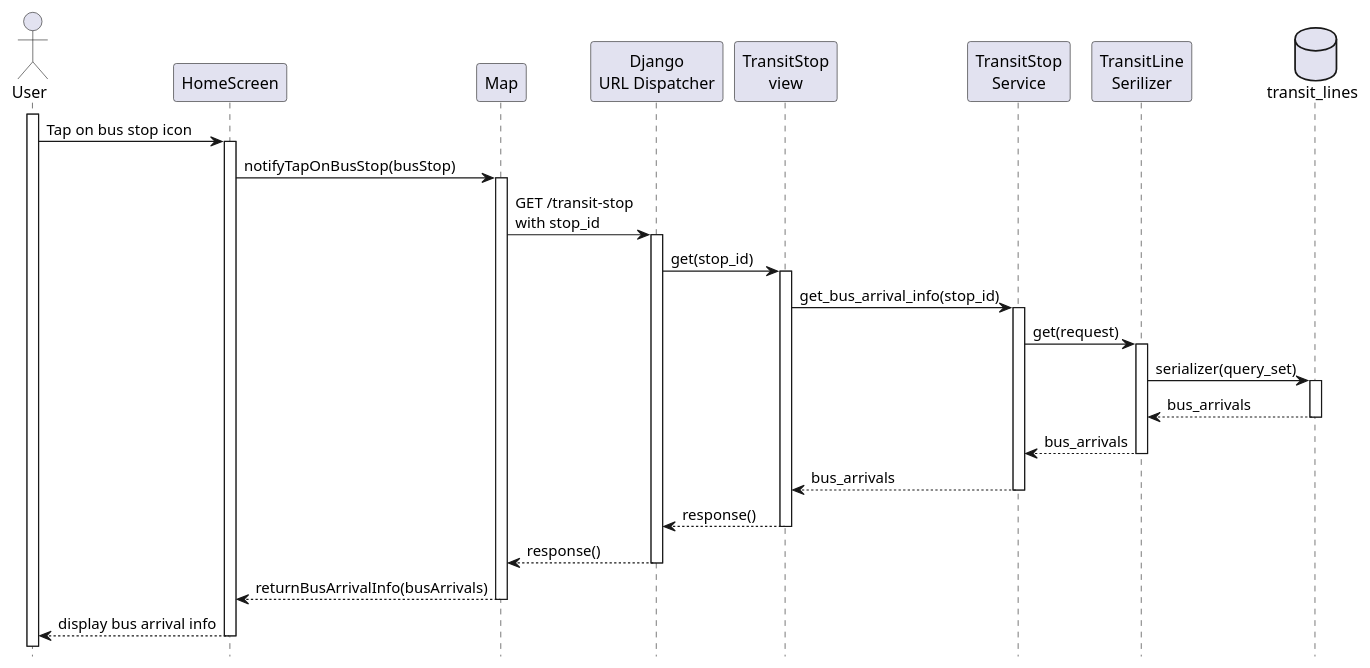
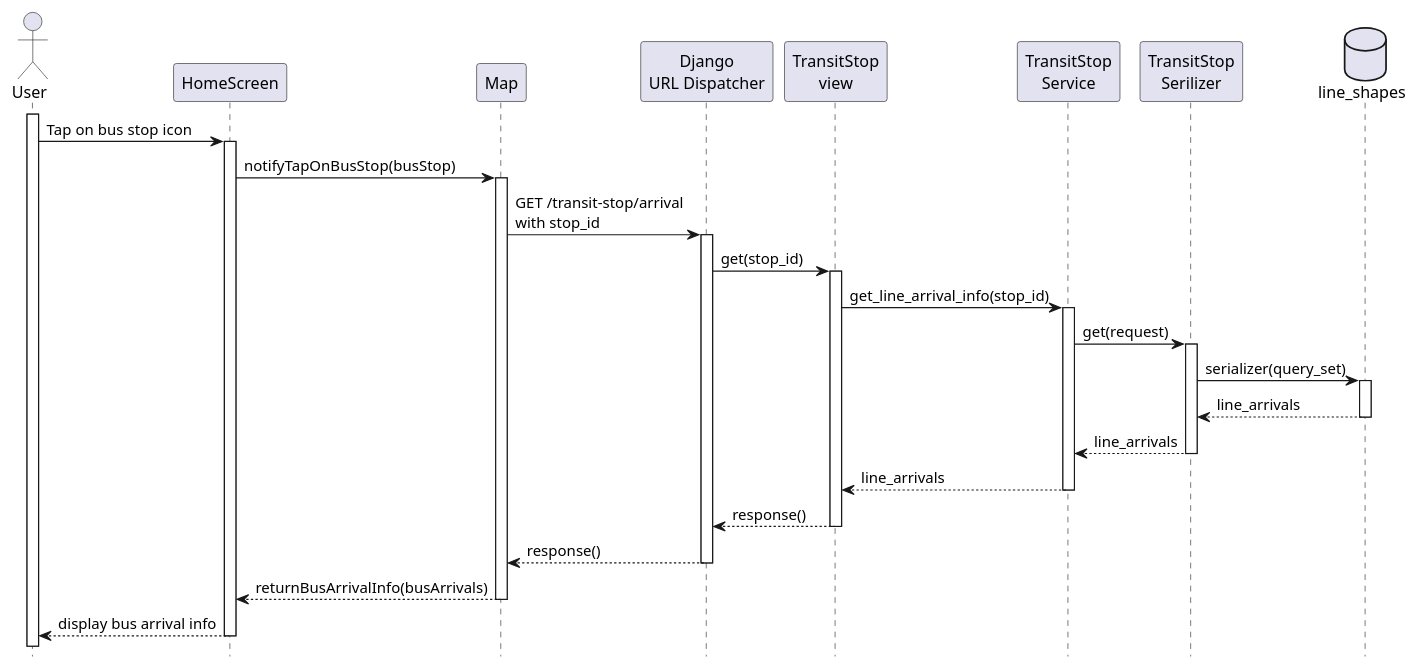
One commit to KMITL-BusBuddy/diagram changed the diagram in homescreen/get_bus_info_when_tap.puml. Above: the diagram before and after it, drawn with PlantUML. The commit also changed 11 other files, not shown here.

Commit message:
update last diagram

```diff
--- a/homescreen/get_bus_info_when_tap.puml
+++ b/homescreen/get_bus_info_when_tap.puml
@@ -1,49 +1,50 @@
-@startuml bus_arrivals
+@startuml bus_info
 
 hide footbox
 
 actor User
 participant HomeScreen as UI
 participant Map
 participant "Django\nURL Dispatcher" as API
 participant "TransitStop\nview" as view
 participant "TransitStop\nService" as service
-participant "TransitLine\nSerilizer" as serializer
-database "transit_lines" as table
+participant "TransitStop\nSerilizer" as serializer
+database "line_shapes" as table
+
 
 activate User
 User -> UI: Tap on bus stop icon
 activate UI
 UI -> Map: notifyTapOnBusStop(busStop)
 activate Map
-Map -> API: GET /transit-stop \nwith stop_id
+Map -> API: GET /transit-stop/arrival \nwith stop_id
 activate API
 
 ' API Call
 API -> view: get(stop_id)
 activate view
-view -> service: get_bus_arrival_info(stop_id)
+view -> service: get_line_arrival_info(stop_id)
 activate service
 service -> serializer: get(request)
 activate serializer
 serializer -> table: serializer(query_set)
 activate table
 
-table --> serializer: bus_arrivals
+table --> serializer: line_arrivals
 deactivate table
-serializer --> service: bus_arrivals
+serializer --> service: line_arrivals
 deactivate serializer
-service --> view: bus_arrivals
+service --> view: line_arrivals
 deactivate service
 view --> API: response()
 deactivate view
 API --> Map: response()
 deactivate API
 
 ' Display bus arrival info
 Map --> UI: returnBusArrivalInfo(busArrivals)
 deactivate Map
 UI --> User: display bus arrival info
 deactivate UI
 
 @enduml
```
